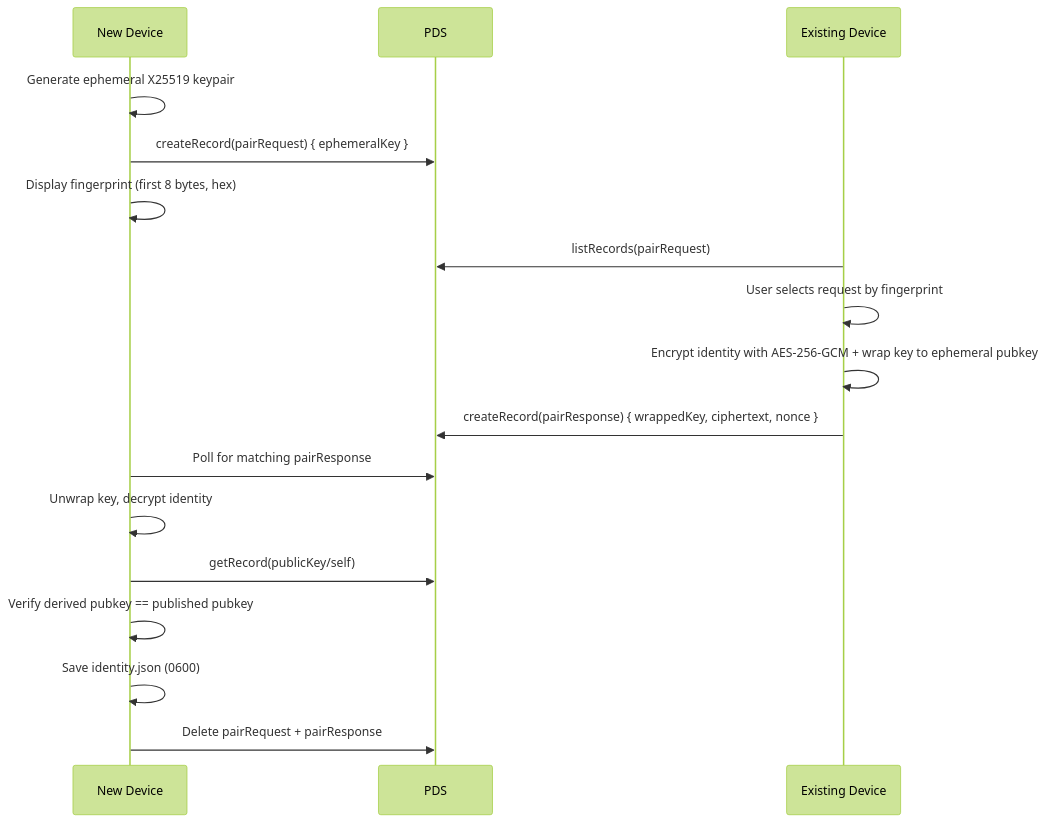
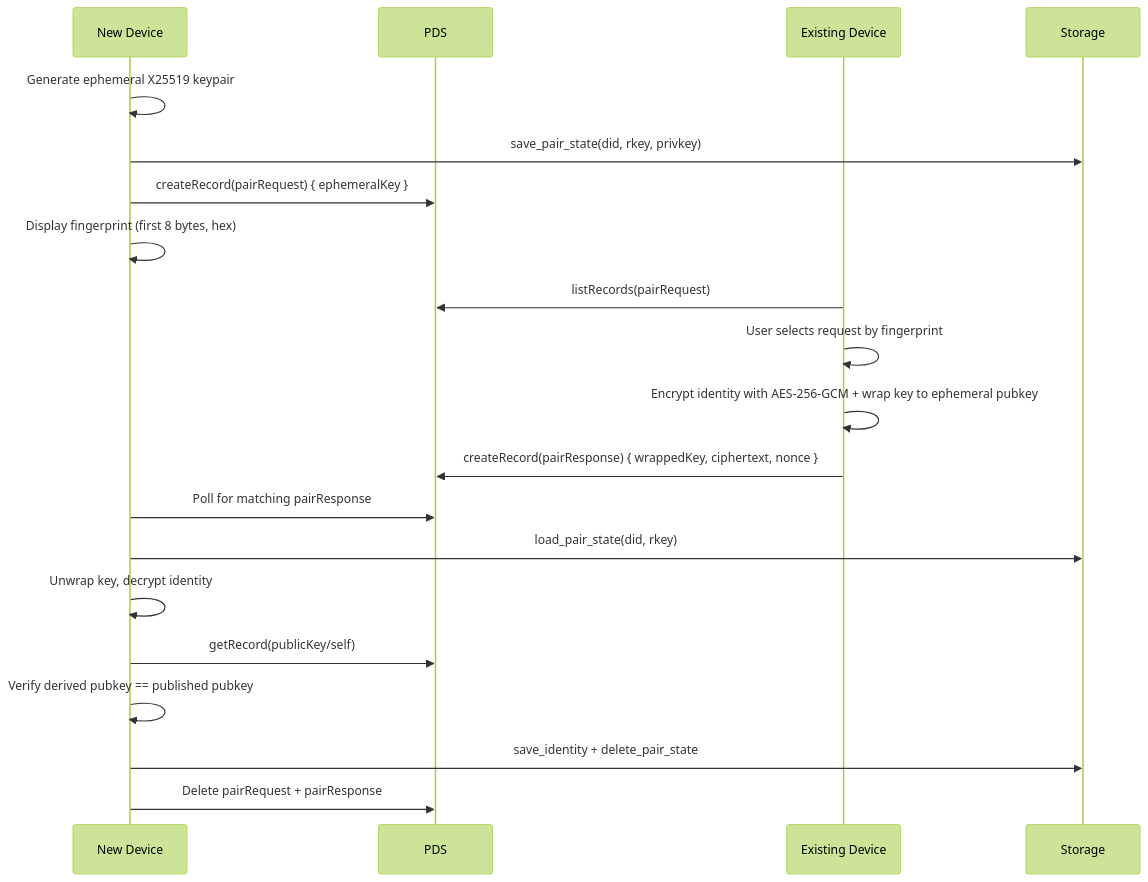
Before and after one commit to Sans-Self/Opake: the diagram in docs/AUTH.md, drawn with Mermaid (forest theme). The commit also changed other lines of this file and 14 other files, not shown here.

````diff
--- a/docs/AUTH.md
+++ b/docs/AUTH.md
@@ -73,22 +73,24 @@
 ```mermaid
 sequenceDiagram
     participant New as New Device
     participant PDS
     participant Old as Existing Device
 
     New->>New: Generate ephemeral X25519 keypair
+    New->>Storage: save_pair_state(did, rkey, privkey)
     New->>PDS: createRecord(pairRequest) { ephemeralKey }
     New->>New: Display fingerprint (first 8 bytes, hex)
 
     Old->>PDS: listRecords(pairRequest)
     Old->>Old: User selects request by fingerprint
     Old->>Old: Encrypt identity with AES-256-GCM + wrap key to ephemeral pubkey
     Old->>PDS: createRecord(pairResponse) { wrappedKey, ciphertext, nonce }
 
     New->>PDS: Poll for matching pairResponse
+    New->>Storage: load_pair_state(did, rkey)
     New->>New: Unwrap key, decrypt identity
     New->>PDS: getRecord(publicKey/self)
     New->>New: Verify derived pubkey == published pubkey
-    New->>New: Save identity.json (0600)
+    New->>Storage: save_identity + delete_pair_state
     New->>PDS: Delete pairRequest + pairResponse
 ```
````
